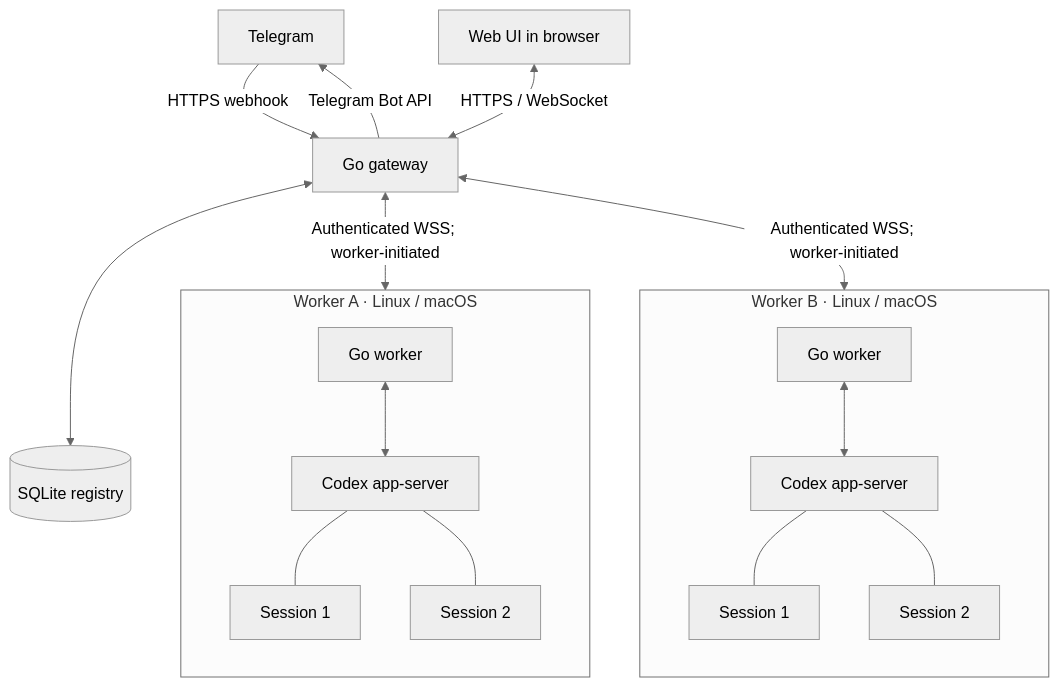
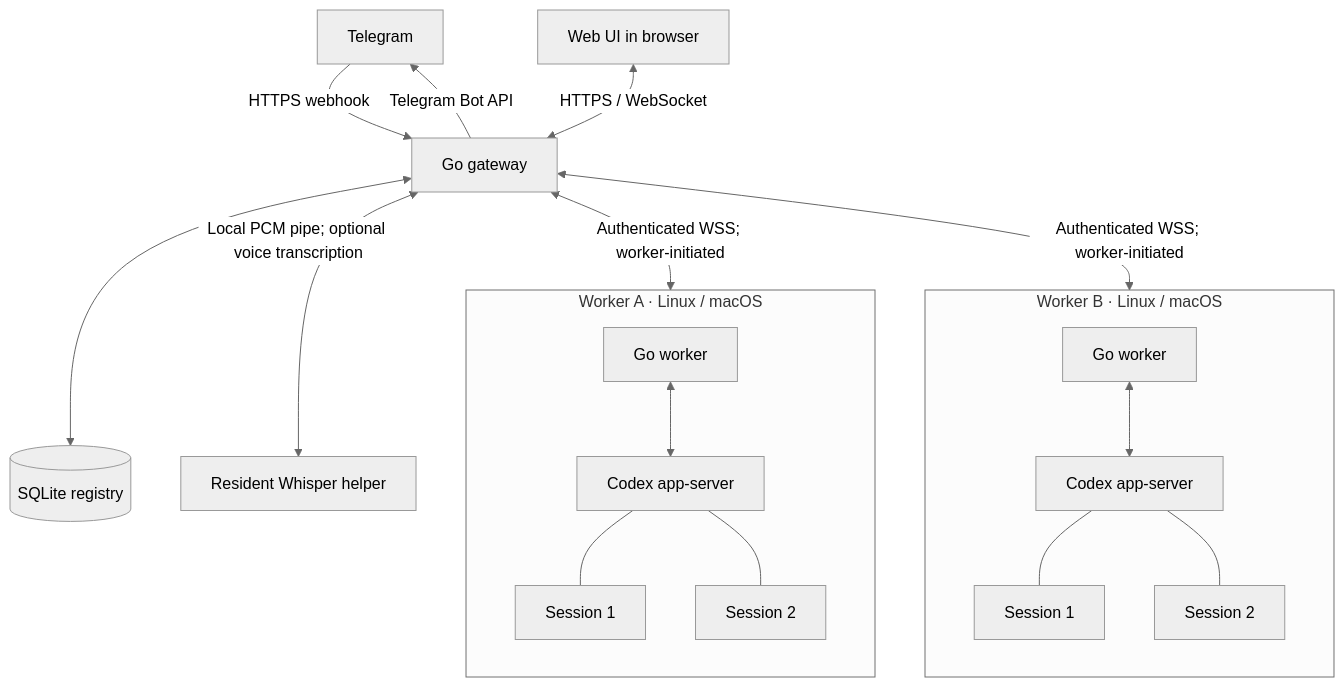
The diagram in README.md (arizzi74/Codex-Telegram-Gateway), drawn with Mermaid (neutral theme) before and after one commit. The commit also changed other lines of this file and 72 other files, not shown here.

Commit message:
feat: transcribe Telegram voice notes locally with persistent Whisper

````diff
--- a/README.md
+++ b/README.md
@@ -24,37 +24,38 @@
 ```mermaid
 flowchart TB
   telegram["Telegram"]
   browser["Web UI in browser"]
   gateway["Go gateway"]
   registry[("SQLite registry")]
 
   telegram -->|"HTTPS webhook"| gateway
   gateway -->|"Telegram Bot API"| telegram
   browser <-->|"HTTPS / WebSocket"| gateway
   gateway <--> registry
+  gateway <-->|"Local PCM pipe; optional voice transcription"| whisper["Resident Whisper helper"]
 
   subgraph machine_a["Worker A · Linux / macOS"]
     direction TB
     worker_a["Go worker"]
     codex_a["Codex app-server"]
     session_a1["Session 1"]
     session_a2["Session 2"]
     worker_a <--> codex_a
     codex_a --- session_a1
     codex_a --- session_a2
   end
 
   subgraph machine_b["Worker B · Linux / macOS"]
     direction TB
     worker_b["Go worker"]
     codex_b["Codex app-server"]
     session_b1["Session 1"]
     session_b2["Session 2"]
     worker_b <--> codex_b
     codex_b --- session_b1
     codex_b --- session_b2
   end
 
   gateway <-->|"Authenticated WSS; worker-initiated"| machine_a
   gateway <-->|"Authenticated WSS; worker-initiated"| machine_b
 ```
````
